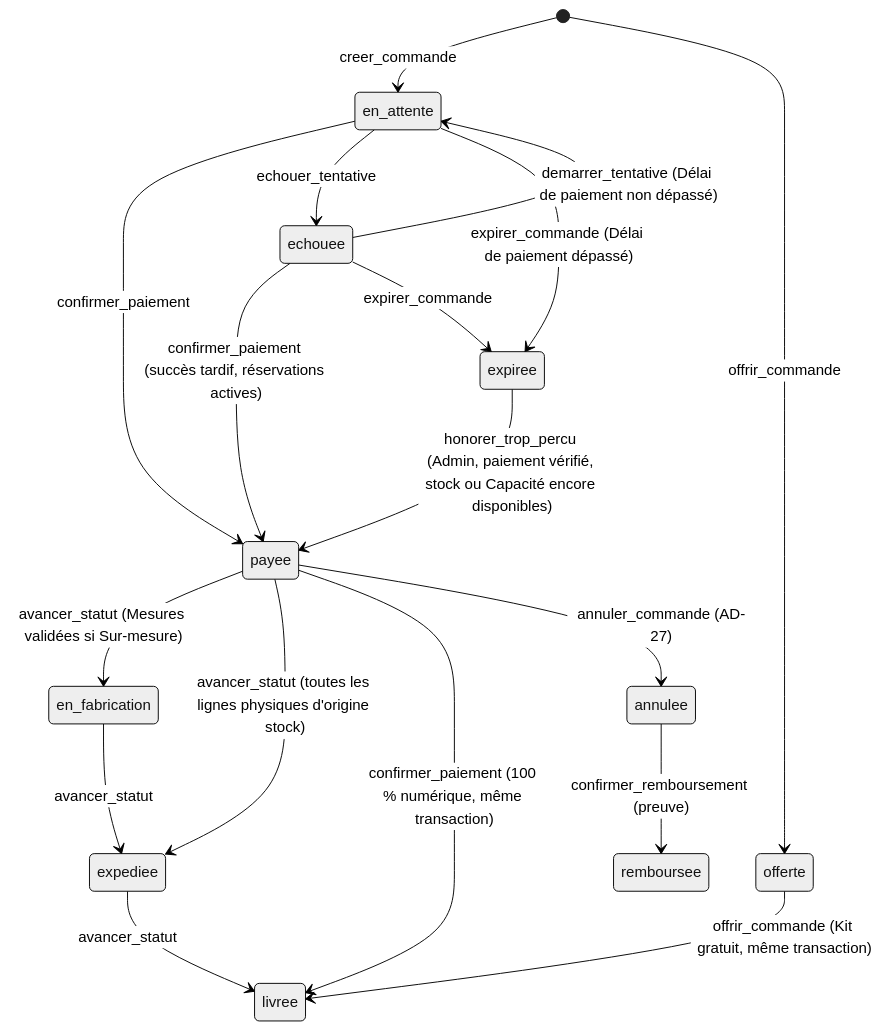
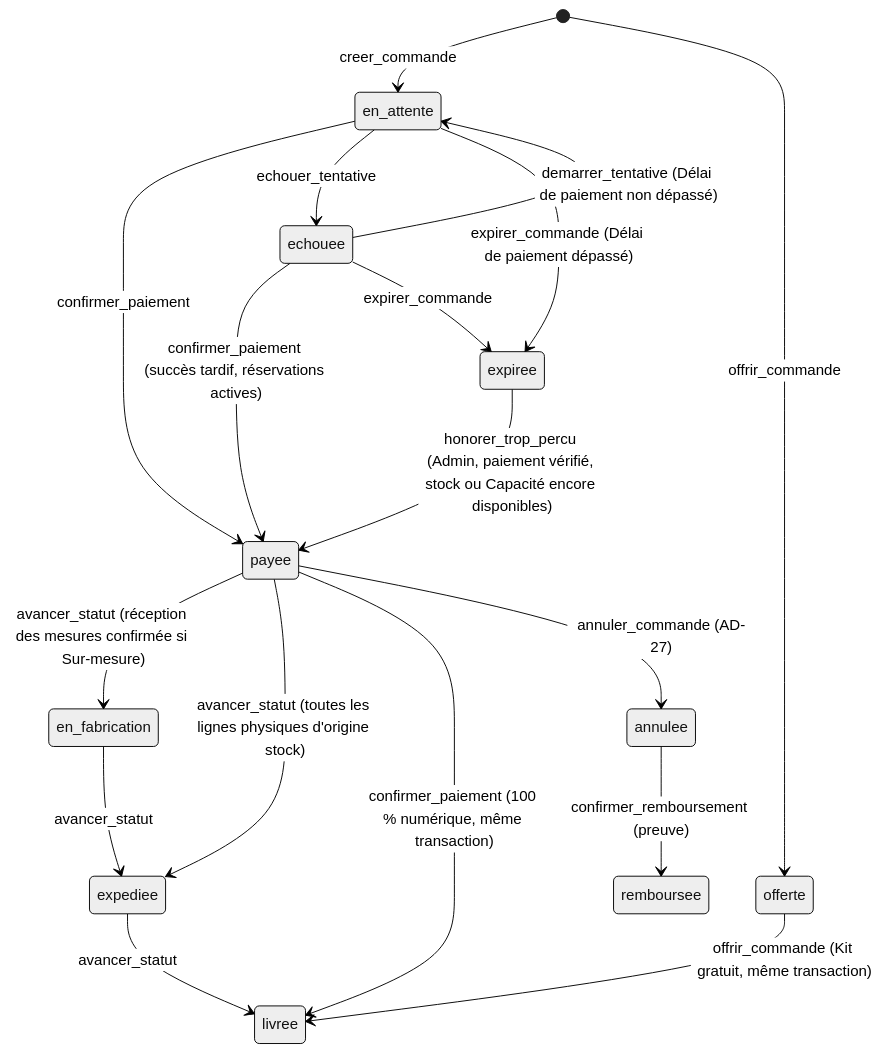
One commit to jokad312/koma changed the second of 5 diagrams in _bmad-output/planning-artifacts/architecture/architecture-KOMA SHOP-2026-10-17/ARCHITECTURE-SPINE.md. Above: the diagram before and after it, drawn with Mermaid (neutral theme). The commit also changed other lines of this file and 8 other files, not shown here.

Commit message:
Décisions du 2026-10-31 : GeniusPay abandonné, mesures du Sur-mesure par WhatsApp (E-10 abandonné)

````diff
--- a/_bmad-output/planning-artifacts/architecture/architecture-KOMA SHOP-2026-10-17/ARCHITECTURE-SPINE.md
+++ b/_bmad-output/planning-artifacts/architecture/architecture-KOMA SHOP-2026-10-17/ARCHITECTURE-SPINE.md
@@ -81,20 +81,20 @@
 ```mermaid
 stateDiagram-v2
   [*] --> en_attente : creer_commande
   [*] --> offerte : offrir_commande
   en_attente --> payee : confirmer_paiement
   en_attente --> echouee : echouer_tentative
   echouee --> en_attente : demarrer_tentative (Délai de paiement non dépassé)
   echouee --> payee : confirmer_paiement (succès tardif, réservations actives)
   en_attente --> expiree : expirer_commande (Délai de paiement dépassé)
   echouee --> expiree : expirer_commande
   expiree --> payee : honorer_trop_percu (Admin, paiement vérifié, stock ou Capacité encore disponibles)
-  payee --> en_fabrication : avancer_statut (Mesures validées si Sur-mesure)
+  payee --> en_fabrication : avancer_statut (réception des mesures confirmée si Sur-mesure)
   payee --> expediee : avancer_statut (toutes les lignes physiques d'origine stock)
   payee --> livree : confirmer_paiement (100 % numérique, même transaction)
   offerte --> livree : offrir_commande (Kit gratuit, même transaction)
   en_fabrication --> expediee : avancer_statut
   expediee --> livree : avancer_statut
   payee --> annulee : annuler_commande (AD-27)
   annulee --> remboursee : confirmer_remboursement (preuve)
 ```
````
